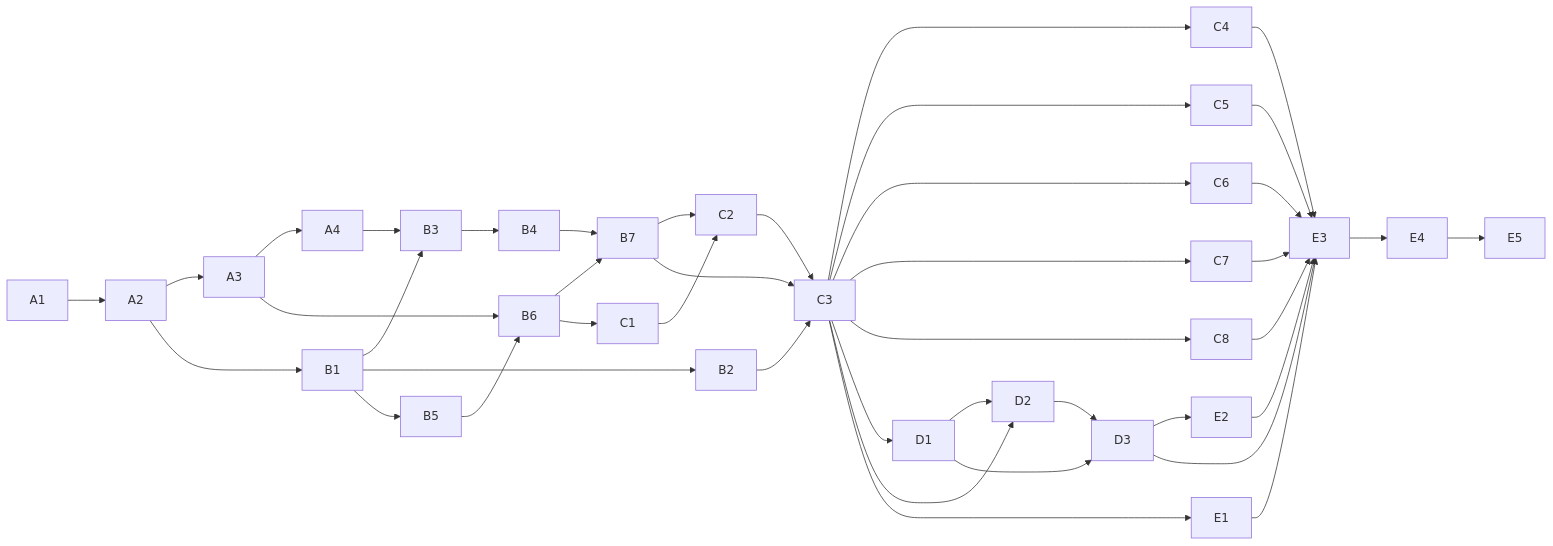
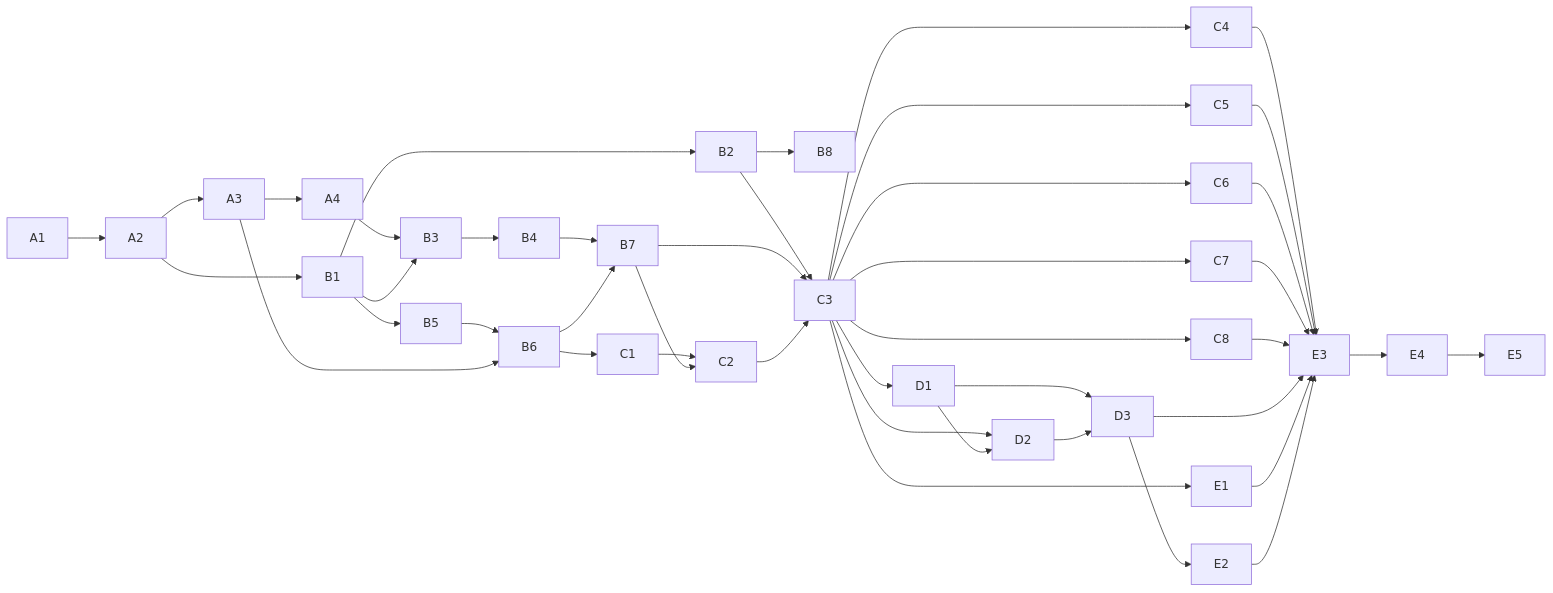
The diagram in work_plans/UNIFIED_ARCHITECTURE.md (Svendsys/mandala), drawn with Mermaid before and after one commit. The commit also changed other lines of this file, not shown here.

````diff
--- a/work_plans/UNIFIED_ARCHITECTURE.md
+++ b/work_plans/UNIFIED_ARCHITECTURE.md
@@ -1370,25 +1373,26 @@
 ```mermaid
 graph LR
   A1 --> A2 --> A3 --> A4
   A2 --> B1
   A4 --> B3
   B1 --> B3 --> B4
   B1 --> B2
+  B2 --> B8
   B1 --> B5 --> B6
   A3 --> B6
   B4 --> B7
   B6 --> B7
   B6 --> C1
   C1 --> C2
   B7 --> C2
   B2 --> C3
   B7 --> C3
   C2 --> C3
   C3 --> C4 & C5 & C6 & C7 & C8 & D1 & D2 & E1
   D1 --> D2
   D1 --> D3
   D2 --> D3
   D3 --> E2
   C4 & C5 & C6 & C7 & C8 & D3 & E1 & E2 --> E3
   E3 --> E4 --> E5
 ```
````
